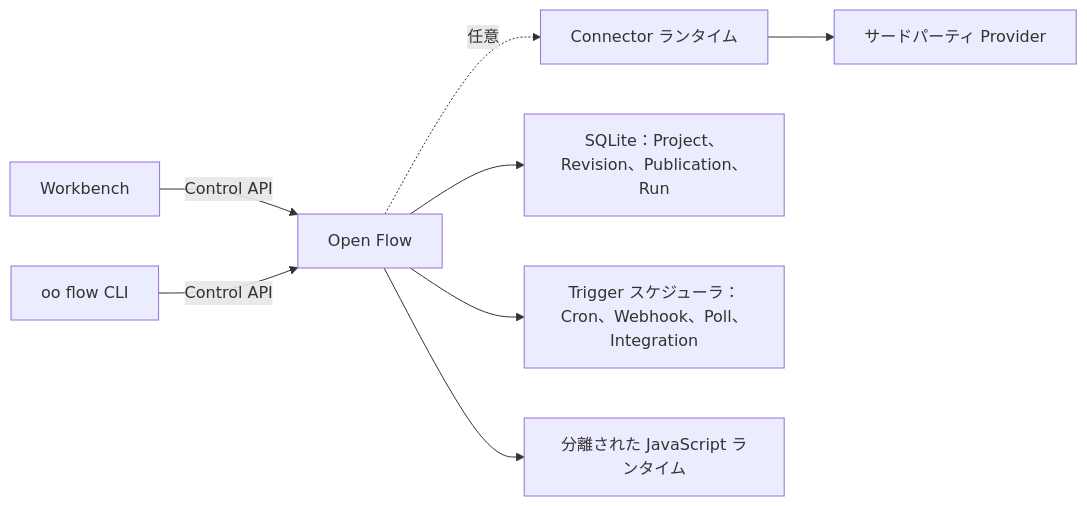
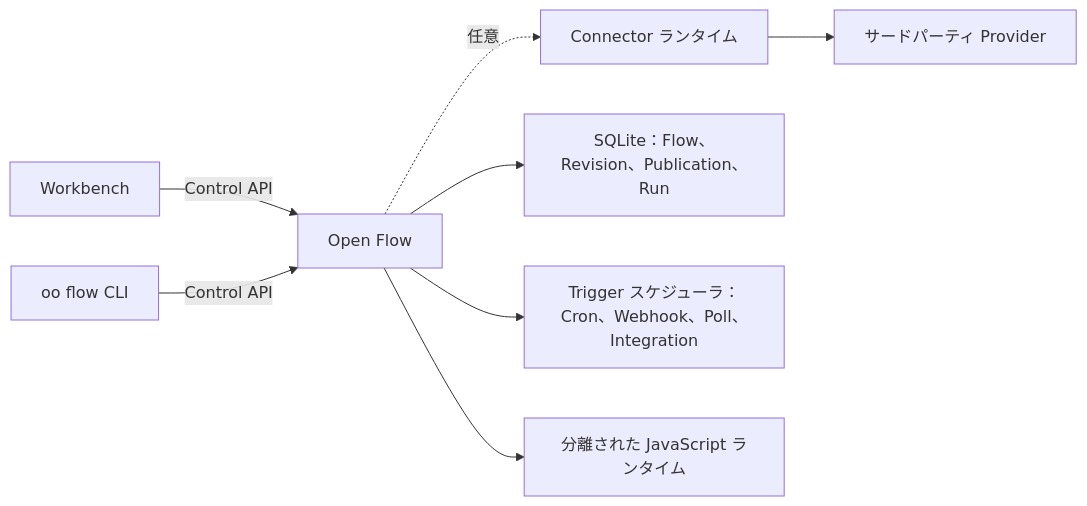
The diagram in docs/README.ja.md (oomol-lab/open-flow), drawn with Mermaid before and after one commit. The commit also changed other lines of this file and 26 other files, not shown here.

````diff
--- a/docs/README.ja.md
+++ b/docs/README.ja.md
@@ -119,10 +119,10 @@
 ```mermaid
 flowchart LR
   Workbench["Workbench"] -->|"Control API"| Server["Open Flow"]
   CLI["oo flow CLI"] -->|"Control API"| Server
   Server -. "任意" .-> Connector["Connector ランタイム"]
   Connector --> Providers["サードパーティ Provider"]
-  Server --> Store["SQLite：Project、Revision、Publication、Run"]
+  Server --> Store["SQLite：Flow、Revision、Publication、Run"]
   Server --> Triggers["Trigger スケジューラ：Cron、Webhook、Poll、Integration"]
   Server --> Runtime["分離された JavaScript ランタイム"]
 ```
````
